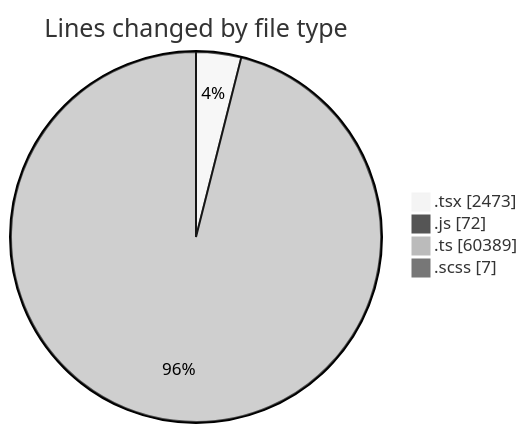
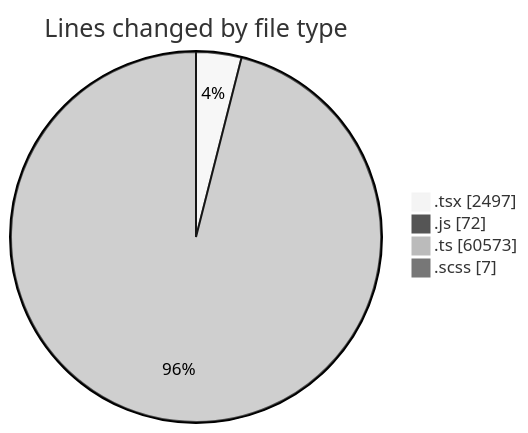
Before and after one commit to momahboobian/code-tracking: the first of 2 diagrams in 2026-09-25/cda/README.md, drawn with Mermaid (neutral theme). The commit also changed other lines of this file and 1 other file, not shown here.

````diff
--- a/2026-09-25/cda/README.md
+++ b/2026-09-25/cda/README.md
@@ -49,8 +49,8 @@
 ```mermaid
 pie showData
 title Lines changed by file type
-".tsx" : 2473
+".tsx" : 2497
 ".js" : 72
-".ts" : 60389
+".ts" : 60573
 ".scss" : 7
 ```
````
